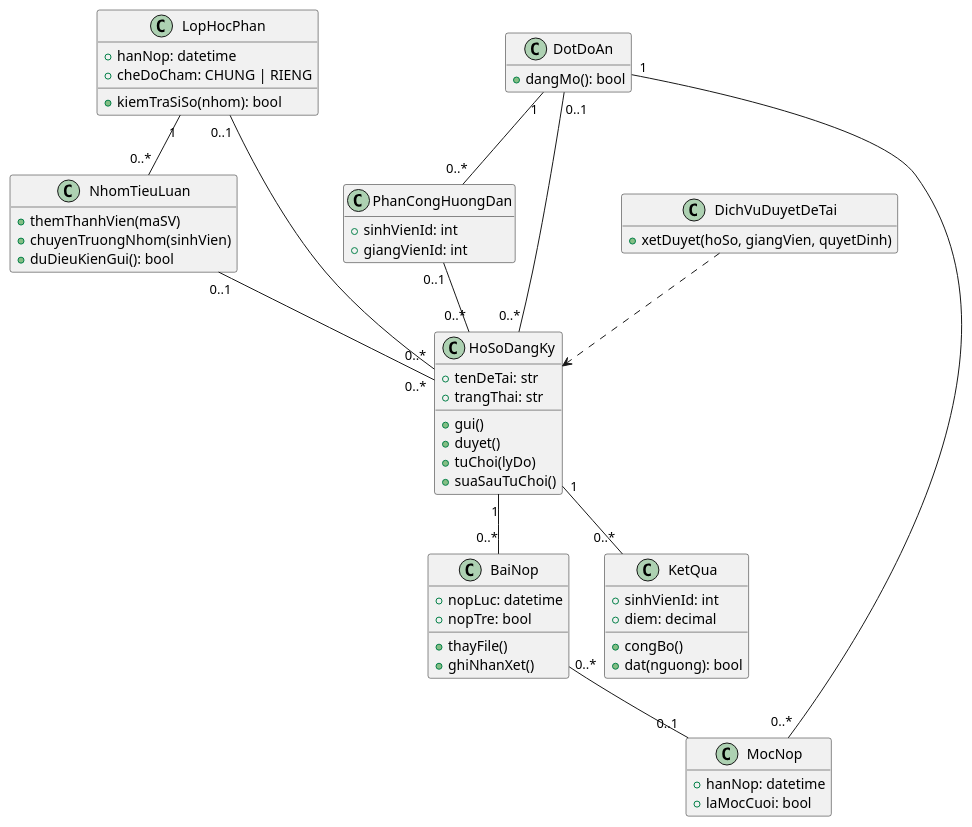
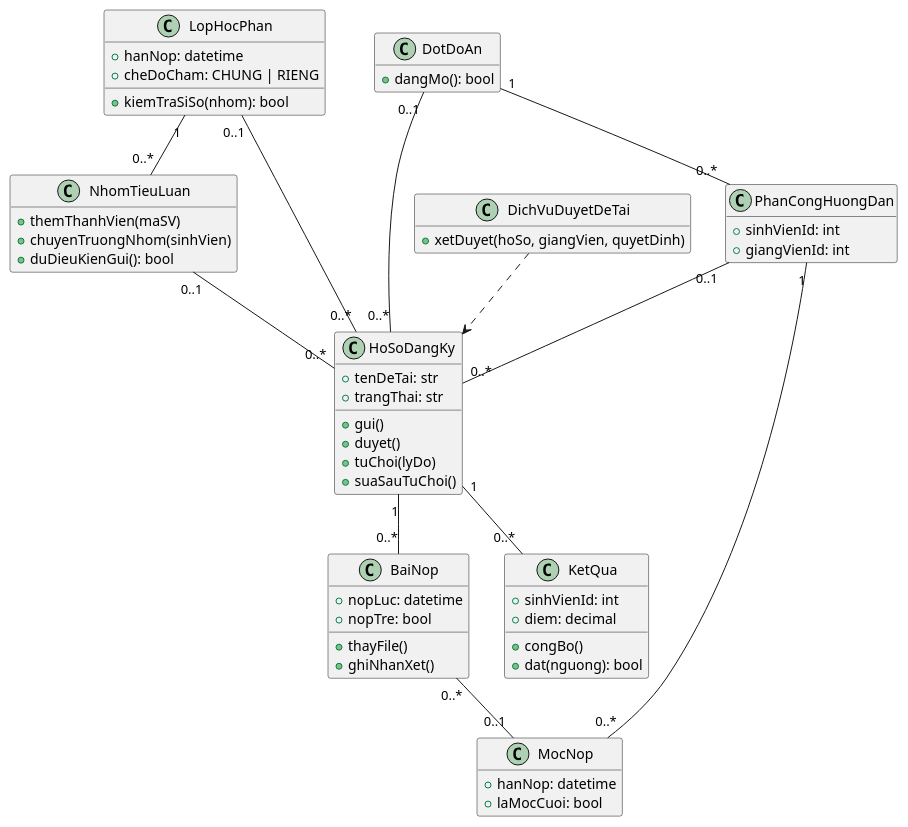
One commit to lam-vu6868/HTQL_TieuLuan_DoAN changed the second of 6 diagrams in 02-so-do-uml.md. Above: the diagram before and after it, drawn with PlantUML. The commit also changed other lines of this file and 5 other files, not shown here.

````diff
--- a/02-so-do-uml.md
+++ b/02-so-do-uml.md
@@ -47,60 +49,60 @@
 ```plantuml
 @startuml
 hide empty members
 class LopHocPhan {
   +hanNop: datetime
   +cheDoCham: CHUNG | RIENG
   +kiemTraSiSo(nhom): bool
 }
 class DotDoAn {
   +dangMo(): bool
 }
 class PhanCongHuongDan {
   +sinhVienId: int
   +giangVienId: int
 }
 class NhomTieuLuan {
   +themThanhVien(maSV)
   +chuyenTruongNhom(sinhVien)
   +duDieuKienGui(): bool
 }
 class HoSoDangKy {
   +tenDeTai: str
   +trangThai: str
   +gui()
   +duyet()
   +tuChoi(lyDo)
   +suaSauTuChoi()
 }
 class MocNop {
   +hanNop: datetime
   +laMocCuoi: bool
 }
 class BaiNop {
   +nopLuc: datetime
   +nopTre: bool
   +thayFile()
   +ghiNhanXet()
 }
 class KetQua {
   +sinhVienId: int
   +diem: decimal
   +congBo()
   +dat(nguong): bool
 }
 class DichVuDuyetDeTai {
   +xetDuyet(hoSo, giangVien, quyetDinh)
 }
 LopHocPhan "1" -- "0..*" NhomTieuLuan
 NhomTieuLuan "0..1" -- "0..*" HoSoDangKy
 LopHocPhan "0..1" -- "0..*" HoSoDangKy
 DotDoAn "0..1" -- "0..*" HoSoDangKy
 DotDoAn "1" -- "0..*" PhanCongHuongDan
 PhanCongHuongDan "0..1" -- "0..*" HoSoDangKy
-DotDoAn "1" -- "0..*" MocNop
+PhanCongHuongDan "1" -- "0..*" MocNop
 HoSoDangKy "1" -- "0..*" BaiNop
 BaiNop "0..*" -- "0..1" MocNop
 HoSoDangKy "1" -- "0..*" KetQua
 DichVuDuyetDeTai ..> HoSoDangKy
 @enduml
 ```
````
